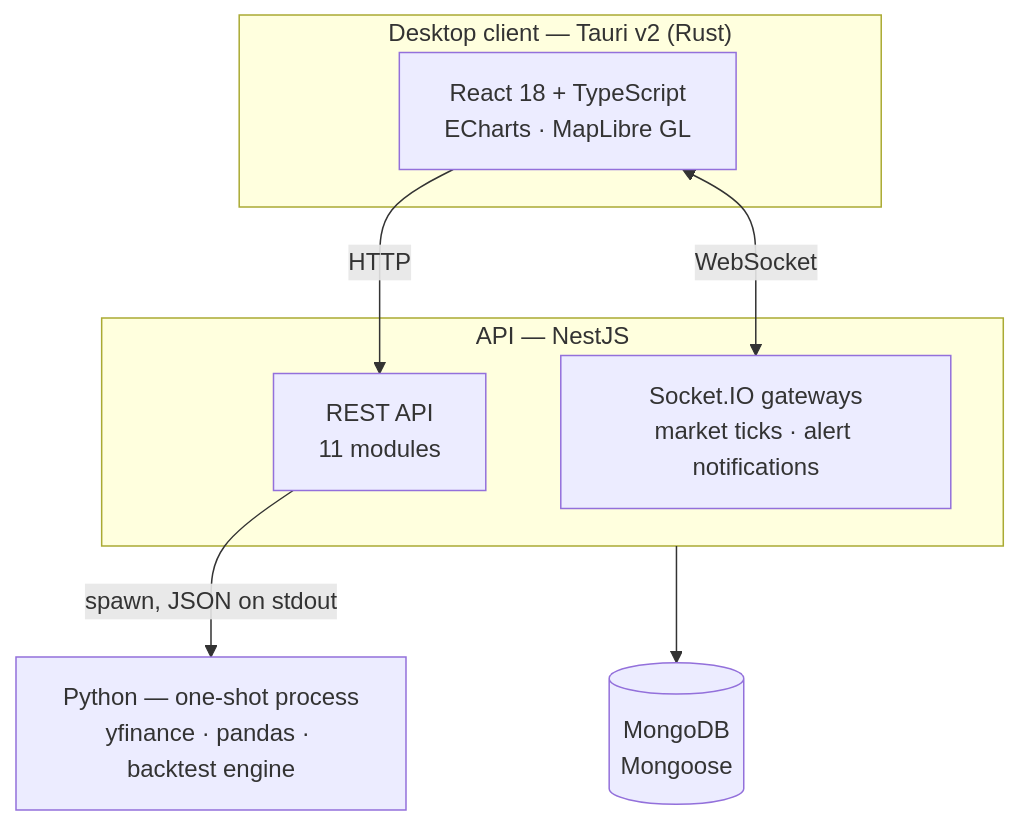
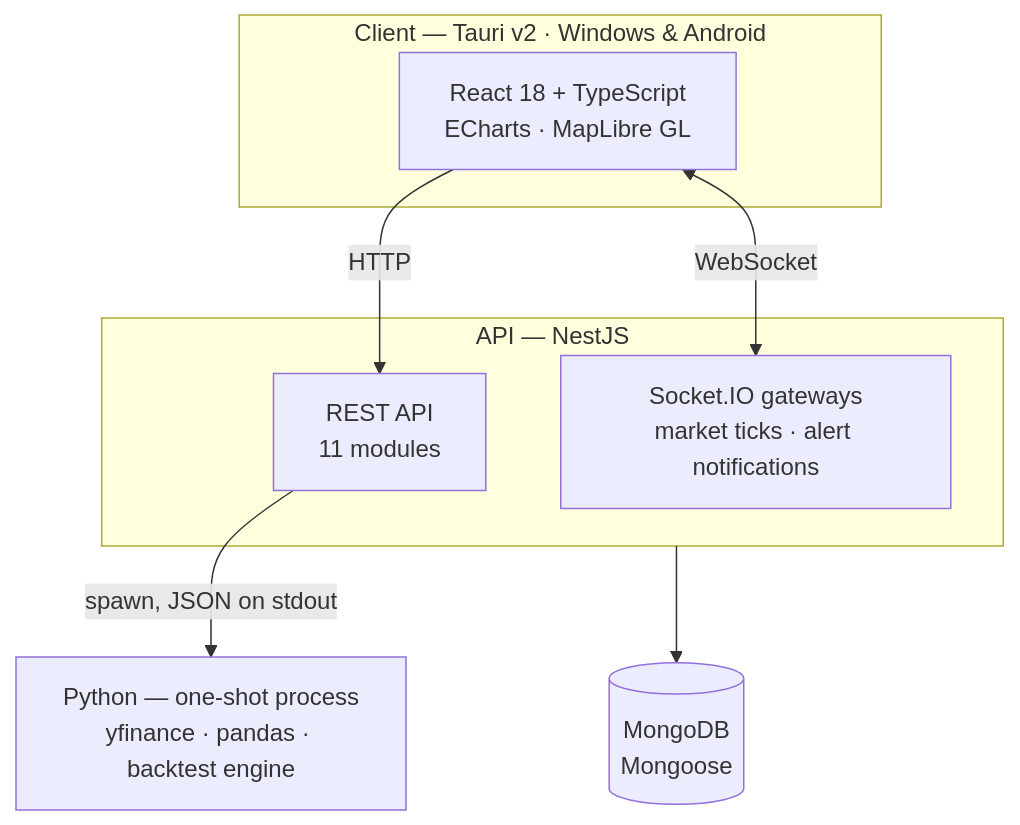
One commit to 3morbnssf5868/7vndvlv-releases changed the diagram in README.md. Above: the diagram before and after it, drawn with Mermaid. The commit also changed other lines of this file, not shown here.

First line of the commit message:
docs: sync the body with the Android build

````diff
--- a/README.md
+++ b/README.md
@@ -92,19 +92,19 @@
 ```mermaid
 flowchart TB
-    subgraph client["Desktop client — Tauri v2 (Rust)"]
+    subgraph client["Client — Tauri v2 · Windows & Android"]
         ui["React 18 + TypeScript<br/>ECharts · MapLibre GL"]
     end
 
     subgraph api["API — NestJS"]
         rest["REST API<br/>11 modules"]
         ws["Socket.IO gateways<br/>market ticks · alert notifications"]
     end
 
     db[("MongoDB<br/>Mongoose")]
     py["Python — one-shot process<br/>yfinance · pandas · backtest engine"]
 
     ui -->|HTTP| rest
     ui <-->|WebSocket| ws
     api --> db
     rest -->|spawn, JSON on stdout| py
 ```
````
